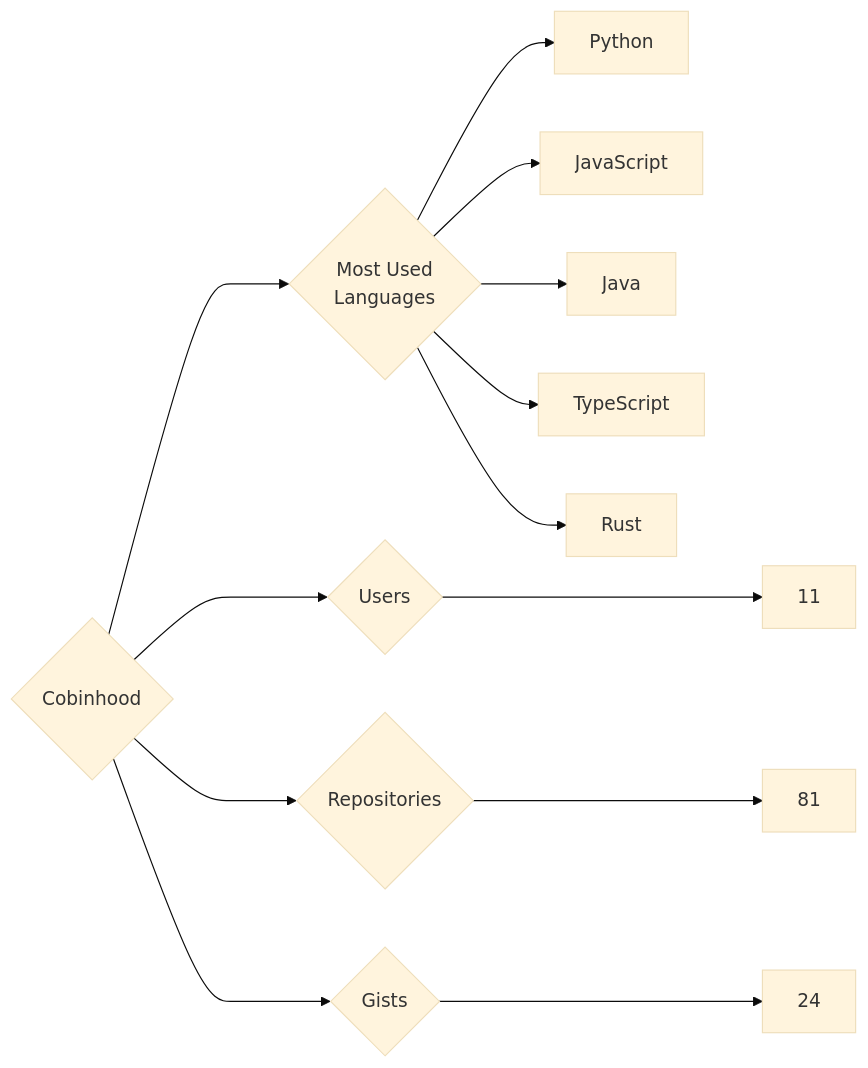
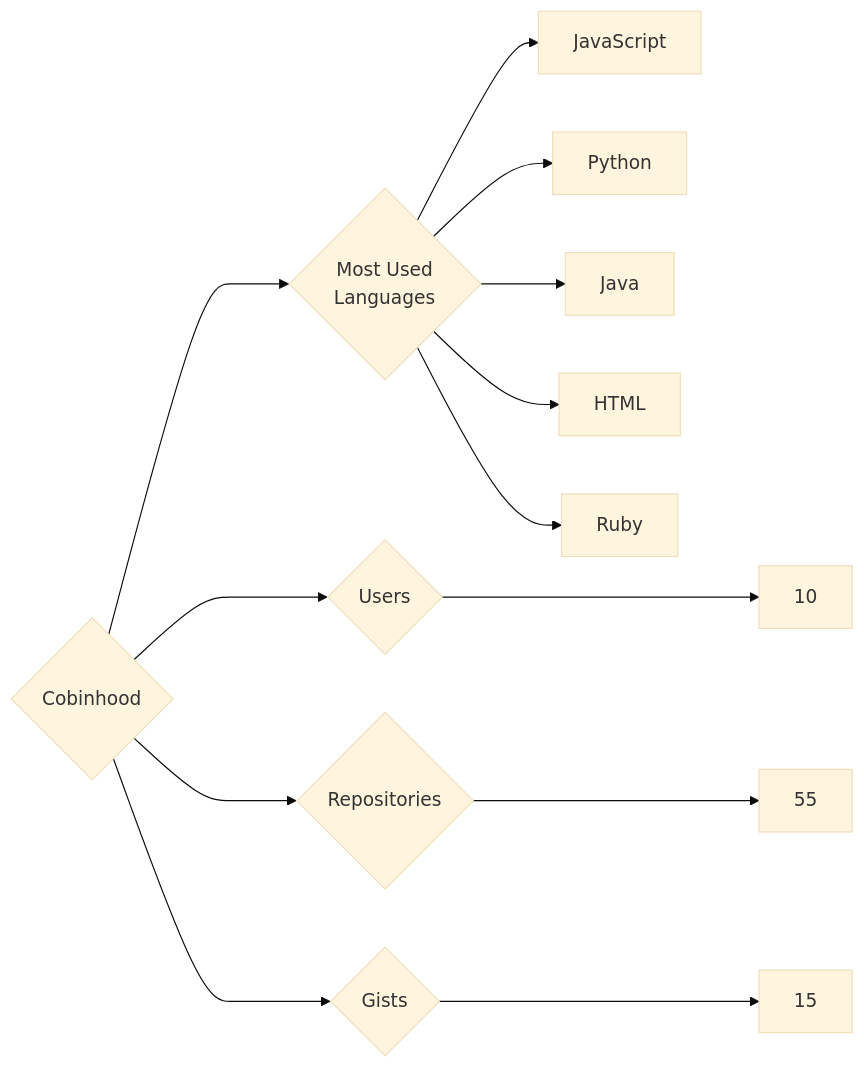
The diagram in targets/Cobinhood/README.md (trickest/insiders), drawn with Mermaid (base theme) before and after one commit. The commit also changed 985 other files, not shown here.

````diff
--- a/targets/Cobinhood/README.md
+++ b/targets/Cobinhood/README.md
@@ -3,13 +3,13 @@
 ```mermaid
 graph LR
 COMPANY_NAME{Cobinhood}
-COMPANY_NAME ---> U{Users} ---> UN[11]
-COMPANY_NAME ---> R{Repositories} ---> RN[81]
-COMPANY_NAME ---> G{Gists} ---> GN[24]
+COMPANY_NAME ---> U{Users} ---> UN[10]
+COMPANY_NAME ---> R{Repositories} ---> RN[55]
+COMPANY_NAME ---> G{Gists} ---> GN[15]
 COMPANY_NAME ---> ML{Most Used<br>Languages}
+ML --> JavaScript[JavaScript]
 ML --> Python[Python]
-ML --> JavaScript[JavaScript]
 ML --> Java[Java]
-ML --> TypeScript[TypeScript]
-ML --> Rust[Rust]
+ML --> HTML[HTML]
+ML --> Ruby[Ruby]
 ```
````
